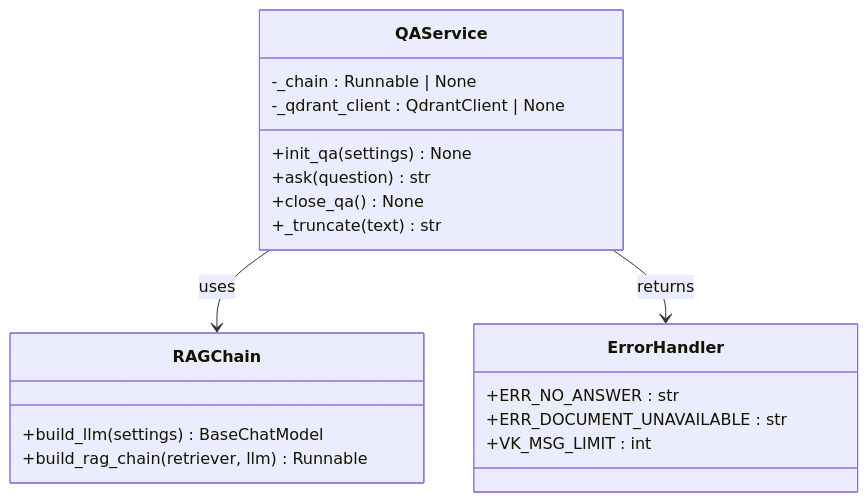
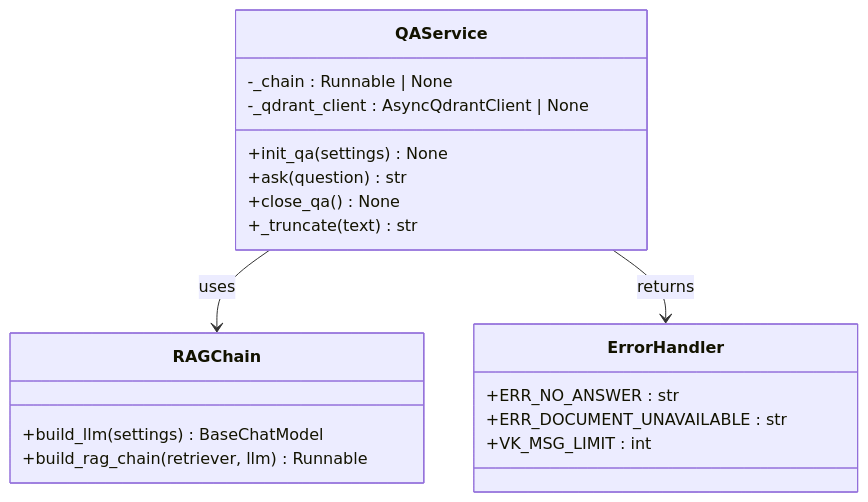
The ninth of 25 diagrams in .qoder/repowiki/en/content/VK Integration/VK Integration.md (ognelis/cafetera_hr_bot), drawn with Mermaid before and after one commit. The commit also changed other lines of this file and 25 other files, not shown here.

````diff
--- a/.qoder/repowiki/en/content/VK Integration/VK Integration.md
+++ b/.qoder/repowiki/en/content/VK Integration/VK Integration.md
@@ -598,22 +591,22 @@
 ```mermaid
 classDiagram
 class QAService {
 -_chain : Runnable | None
--_qdrant_client : QdrantClient | None
+-_qdrant_client : AsyncQdrantClient | None
 +init_qa(settings) None
 +ask(question) str
 +close_qa() None
 +_truncate(text) str
 }
 class RAGChain {
 +build_llm(settings) BaseChatModel
 +build_rag_chain(retriever, llm) Runnable
 }
 class ErrorHandler {
 +ERR_NO_ANSWER : str
 +ERR_DOCUMENT_UNAVAILABLE : str
 +VK_MSG_LIMIT : int
 }
 QAService --> RAGChain : uses
 QAService --> ErrorHandler : returns
 ```
````
